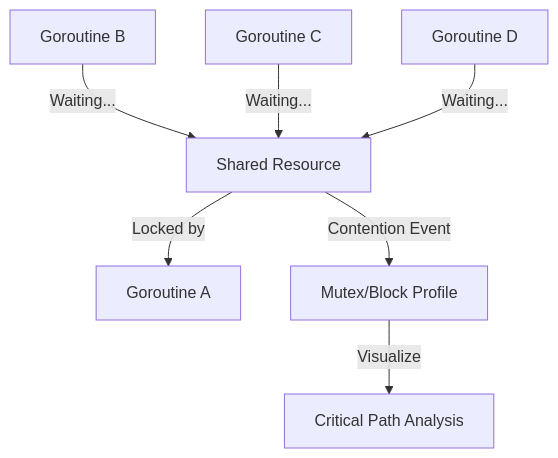
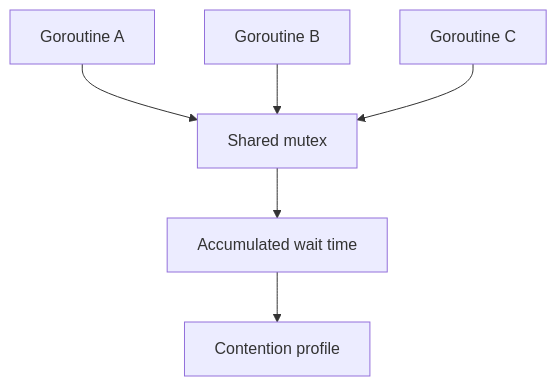
One commit to syahputrawork98-sketch/Golang-Knowledge-Base changed the diagram in RAK-03-evolution/SR-04-observability/BK-01-profiling/CH-03-contention/README.md. Above: the diagram before and after it, drawn with Mermaid. The commit also changed other lines of this file and 61 other files, not shown here.

````diff
--- a/RAK-03-evolution/SR-04-observability/BK-01-profiling/CH-03-contention/README.md
+++ b/RAK-03-evolution/SR-04-observability/BK-01-profiling/CH-03-contention/README.md
@@ -37,10 +35,8 @@
 ```mermaid
 graph TD
-    Resource[Shared Resource] -- Locked by --> G1[Goroutine A]
-    G2[Goroutine B] -- Waiting... --> Resource
-    G3[Goroutine C] -- Waiting... --> Resource
-    G4[Goroutine D] -- Waiting... --> Resource
-    
-    Resource -- Contention Event --> Profile[Mutex/Block Profile]
-    Profile -- Visualize --> Developer[Critical Path Analysis]
+    G1[Goroutine A] --> Lock[Shared mutex]
+    G2[Goroutine B] --> Lock
+    G3[Goroutine C] --> Lock
+    Lock --> Wait[Accumulated wait time]
+    Wait --> Profile[Contention profile]
 ```
````
